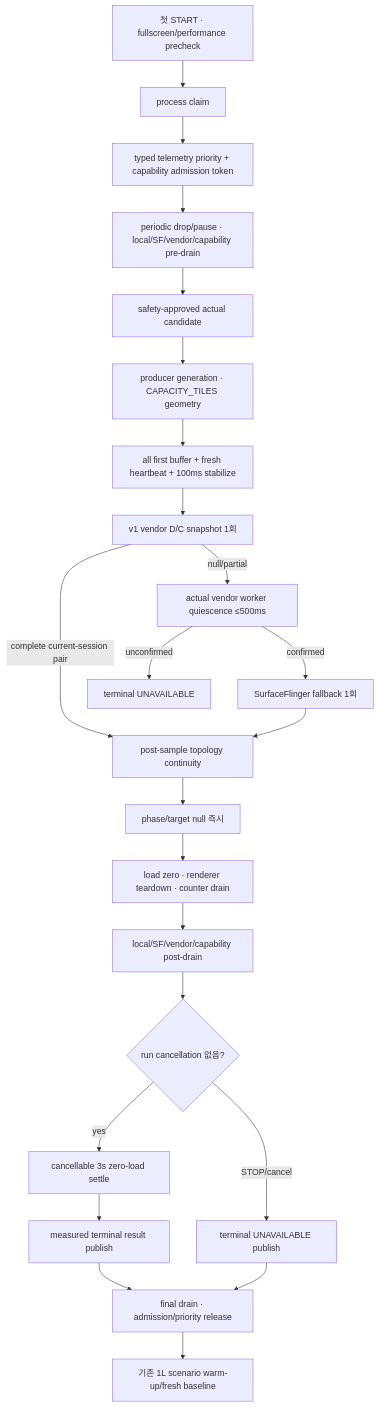
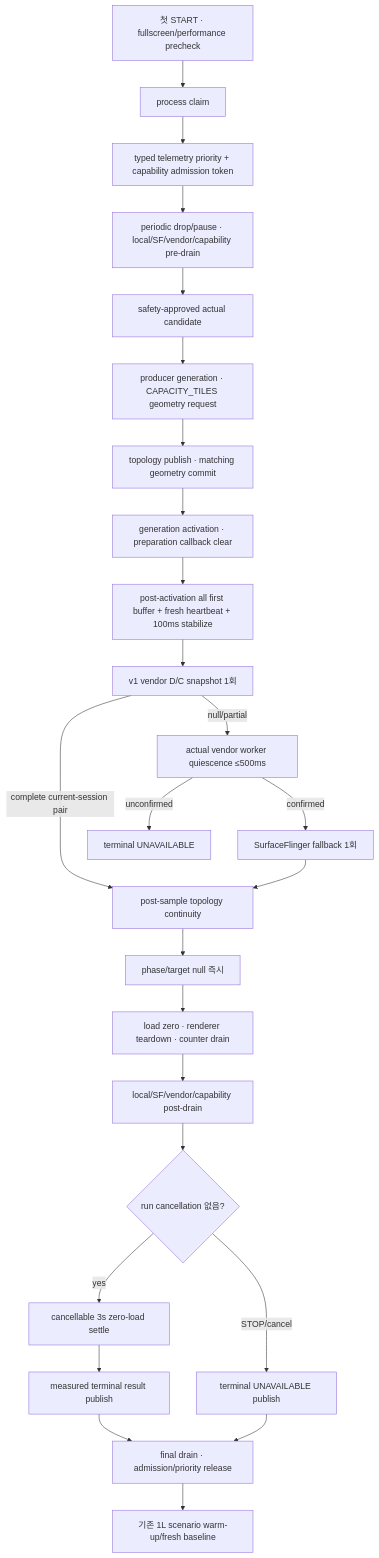
One commit to sinpie/dpu-layer-lab changed the diagram in docs/HWC_CAPACITY_CALIBRATION.md. Above: the diagram before and after it, drawn with Mermaid. The commit also changed other lines of this file and 25 other files, not shown here.

````diff
--- a/docs/HWC_CAPACITY_CALIBRATION.md
+++ b/docs/HWC_CAPACITY_CALIBRATION.md
@@ -69,25 +80,27 @@
 ```mermaid
 flowchart TD
     A["첫 START · fullscreen/performance precheck"] --> CLAIM["process claim"]
     CLAIM --> P["typed telemetry priority + capability admission token"]
     P --> D["periodic drop/pause · local/SF/vendor/capability pre-drain"]
     D --> S["safety-approved actual candidate"]
-    S --> G["producer generation · CAPACITY_TILES geometry"]
-    G --> R["all first buffer + fresh heartbeat + 100ms stabilize"]
+    S --> G["producer generation · CAPACITY_TILES geometry request"]
+    G --> C["topology publish · matching geometry commit"]
+    C --> A2["generation activation · preparation callback clear"]
+    A2 --> R["post-activation all first buffer + fresh heartbeat + 100ms stabilize"]
     R --> V["v1 vendor D/C snapshot 1회"]
     V -->|complete current-session pair| Q["post-sample topology continuity"]
     V -->|null/partial| B["actual vendor worker quiescence ≤500ms"]
     B -->|confirmed| F["SurfaceFlinger fallback 1회"]
     B -->|unconfirmed| N["terminal UNAVAILABLE"]
     F --> Q
     Q --> Z["phase/target null 즉시"]
     Z --> T["load zero · renderer teardown · counter drain"]
     T --> I["local/SF/vendor/capability post-drain"]
     I --> CANCEL{"run cancellation 없음?"}
     CANCEL -->|yes| W["cancellable 3s zero-load settle"]
     CANCEL -->|STOP/cancel| ABANDON["terminal UNAVAILABLE publish"]
     W --> E["measured terminal result publish"]
     E --> RELEASE["final drain · admission/priority release"]
     ABANDON --> RELEASE
     RELEASE --> H["기존 1L scenario warm-up/fresh baseline"]
 ```
````
